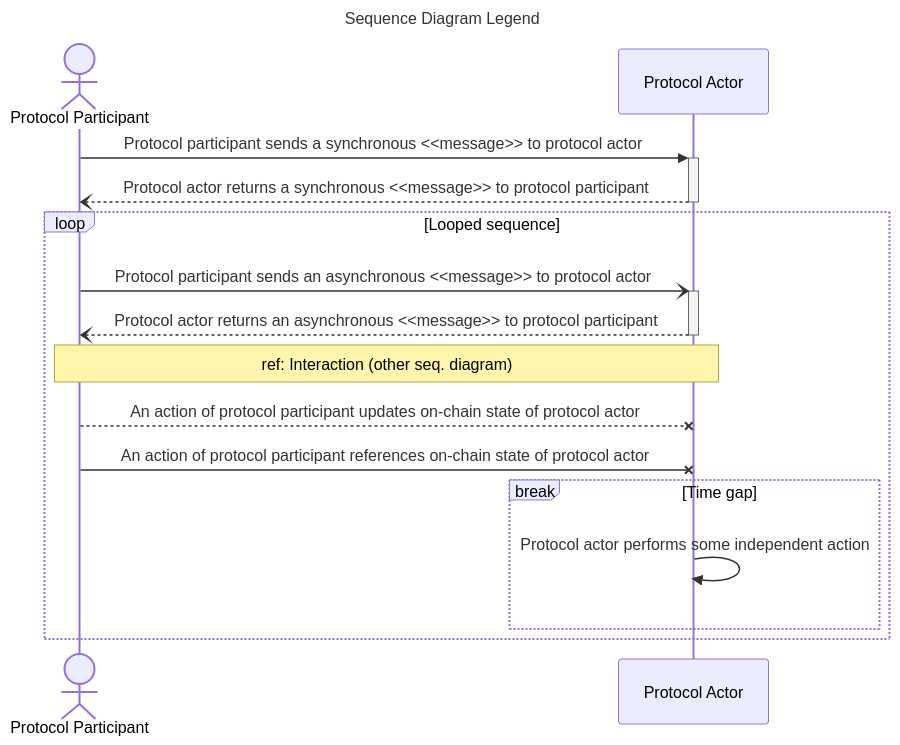
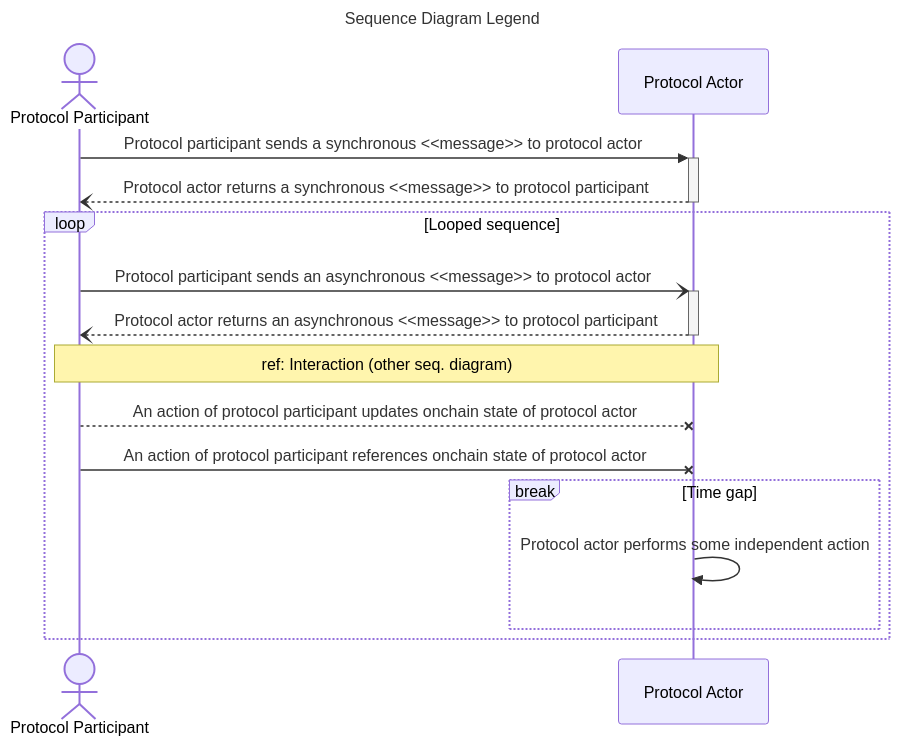
Before and after one commit to pokt-network/poktroll: the third of 3 diagrams in docusaurus/docs/protocol/primitives/relay_mining.md, drawn with Mermaid. The commit also changed other lines of this file and 152 other files, not shown here.

````diff
--- a/docusaurus/docs/protocol/primitives/relay_mining.md
+++ b/docusaurus/docs/protocol/primitives/relay_mining.md
@@ -138,28 +138,28 @@
 ```mermaid
 ---
 title: Sequence Diagram Legend
 ---
 sequenceDiagram
 
     actor proto_part as Protocol Participant
     participant proto_actor as Protocol Actor
 
     proto_part->>+proto_actor: Protocol participant sends a synchronous <<message>> to protocol actor
     proto_actor--)-proto_part: Protocol actor returns a synchronous <<message>> to protocol participant
 
     loop Looped sequence
 
         proto_part-)+proto_actor: Protocol participant sends an asynchronous <<message>> to protocol actor
         proto_actor--)-proto_part: Protocol actor returns an asynchronous <<message>> to protocol participant
 
         Note over proto_part,proto_actor: ref: Interaction (other seq. diagram)
 
-        proto_part--xproto_actor: An action of protocol participant updates on-chain state of protocol actor
-        proto_part-xproto_actor: An action of protocol participant references on-chain state of protocol actor
+        proto_part--xproto_actor: An action of protocol participant updates onchain state of protocol actor
+        proto_part-xproto_actor: An action of protocol participant references onchain state of protocol actor
 
         break Time gap
             proto_actor->>proto_actor: Protocol actor performs some independent action
         end
 
     end
 ```
````
